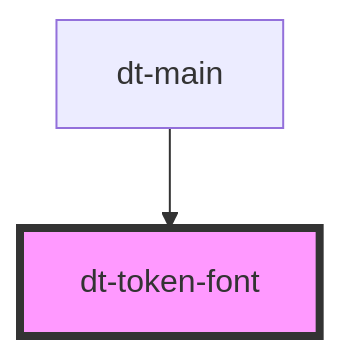
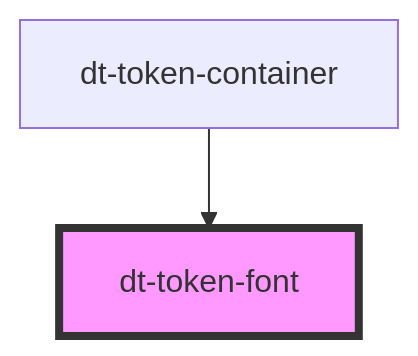
One commit to genexuslabs/design-tokens-editor changed the diagram in src/components/token-font/readme.md. Above: the diagram before and after it, drawn with Mermaid. The commit also changed other lines of this file and 33 other files, not shown here.

Commit message:
finish token-container code

````diff
--- a/src/components/token-font/readme.md
+++ b/src/components/token-font/readme.md
@@ -22,5 +22,5 @@
 ```mermaid
 graph TD;
-  dt-main --> dt-token-font
+  dt-token-container --> dt-token-font
   style dt-token-font fill:#f9f,stroke:#333,stroke-width:4px
 ```
````
